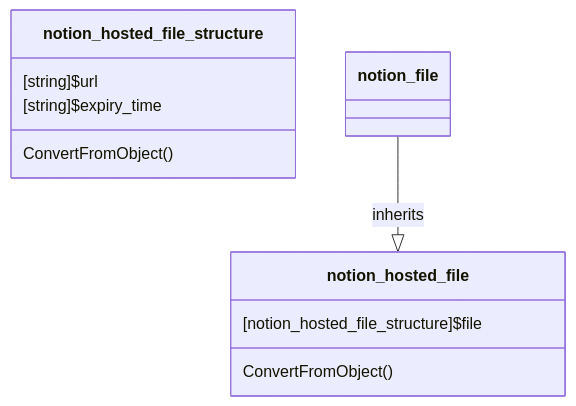
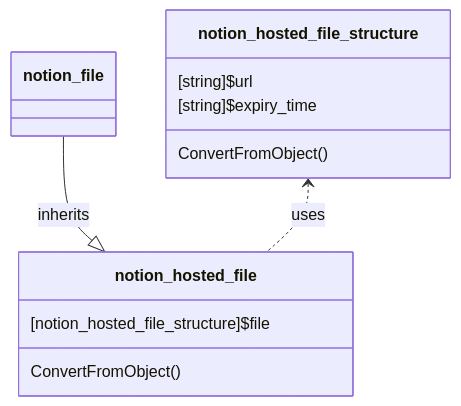
The diagram in source/WikiSource/Classes/File/02_notion_hosted_file.md (fasteiner/Notion), drawn with Mermaid before and after one commit. The commit also changed other lines of this file and 80 other files, not shown here.

````diff
--- a/source/WikiSource/Classes/File/02_notion_hosted_file.md
+++ b/source/WikiSource/Classes/File/02_notion_hosted_file.md
@@ -5,14 +5,15 @@
 ```mermaid
 classDiagram
     class notion_hosted_file_structure {
         [string]$url
         [string]$expiry_time
         ConvertFromObject()
     }
 
     class notion_hosted_file {
         [notion_hosted_file_structure]$file
         ConvertFromObject()
     }
     `notion_file` --|> `notion_hosted_file`:inherits
+    `notion_hosted_file_structure` <.. `notion_hosted_file`:uses
 ```
````
